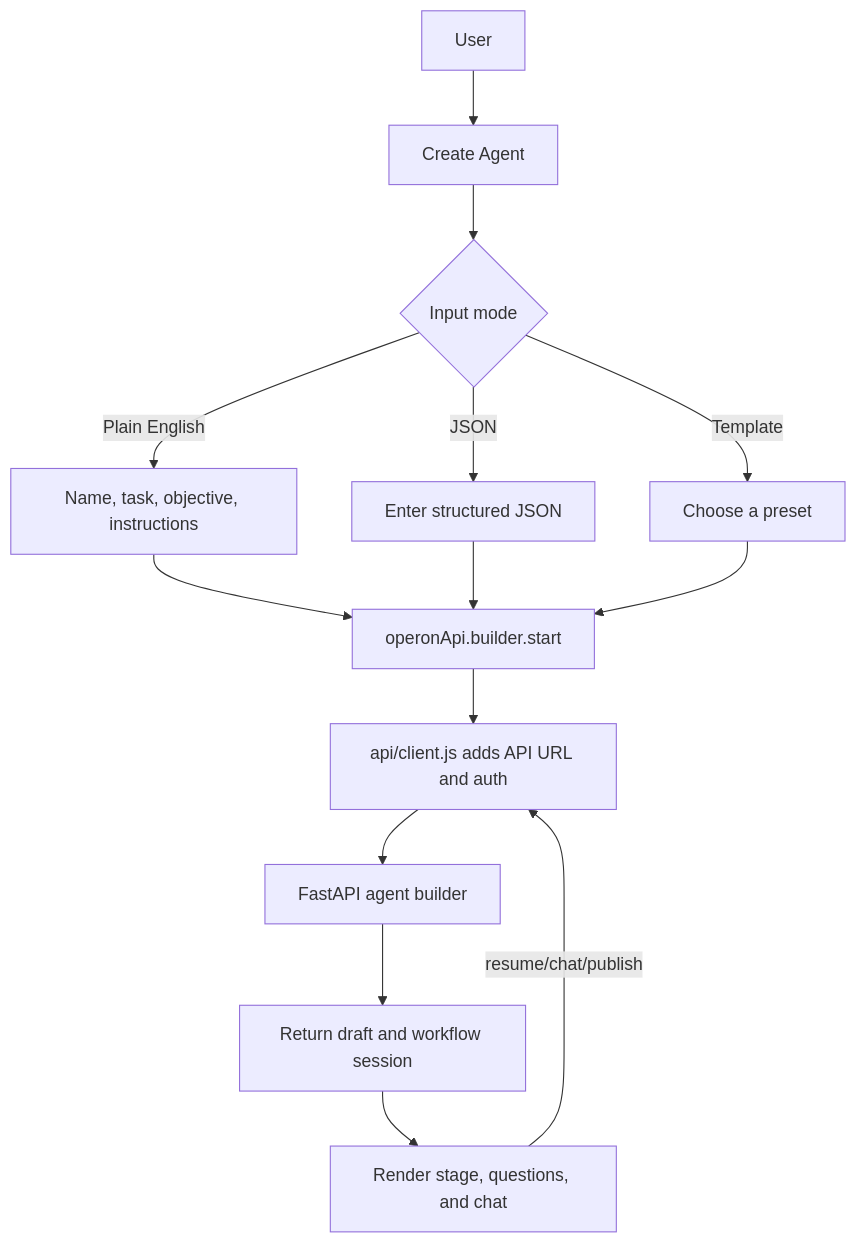
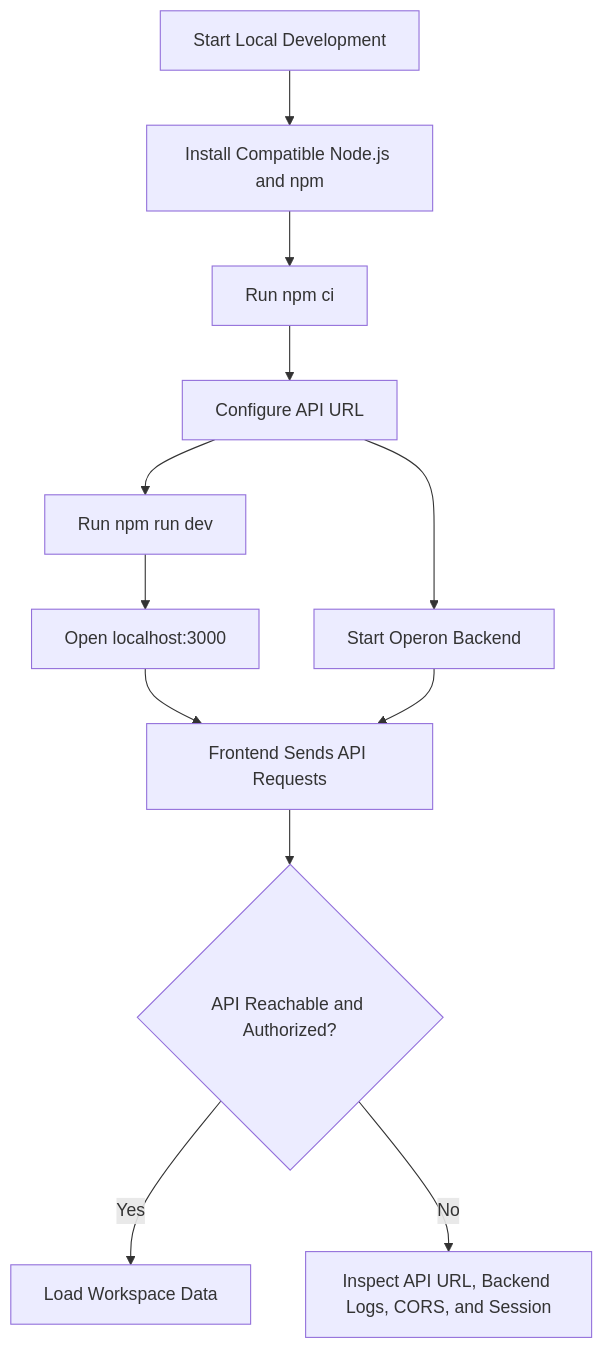
Before and after one commit to Operon-Operation-Platform/frontend: the fourth of 6 diagrams in README.md, drawn with Mermaid. The commit also changed other lines of this file, not shown here.

````diff
--- a/README.md
+++ b/README.md
@@ -96,16 +370,16 @@
 ```mermaid
 flowchart TD
-    User[User] --> Entry[Create Agent]
-    Entry --> Mode{Input mode}
-    Mode -->|Plain English| Prompt[Name, task, objective, instructions]
-    Mode -->|JSON| Json[Enter structured JSON]
-    Mode -->|Template| Preset[Choose a preset]
-    Prompt --> Call[operonApi.builder.start]
-    Json --> Call
-    Preset --> Call
-    Call --> Client[api/client.js adds API URL and auth]
-    Client --> Backend[FastAPI agent builder]
-    Backend --> Session[Return draft and workflow session]
-    Session --> UI[Render stage, questions, and chat]
-    UI -->|resume/chat/publish| Client
+    START[Start Local Development] --> NODE[Install Compatible Node.js and npm]
+    NODE --> INSTALL[Run npm ci]
+    INSTALL --> CONFIG[Configure API URL]
+    CONFIG --> BACKEND[Start Operon Backend]
+    CONFIG --> FRONTEND[Run npm run dev]
+
+    FRONTEND --> BROWSER[Open localhost:3000]
+    BROWSER --> REQUEST[Frontend Sends API Requests]
+    BACKEND --> REQUEST
+
+    REQUEST --> READY{API Reachable and Authorized?}
+    READY -->|Yes| DATA[Load Workspace Data]
+    READY -->|No| ERROR[Inspect API URL, Backend Logs, CORS, and Session]
 ```
````
